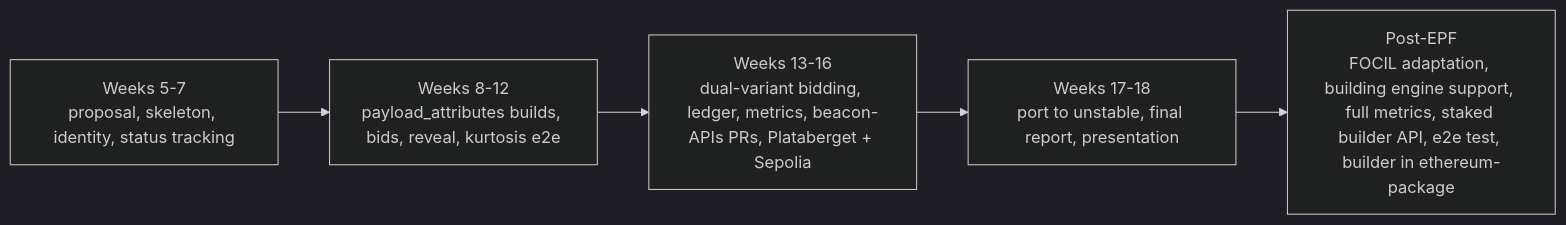
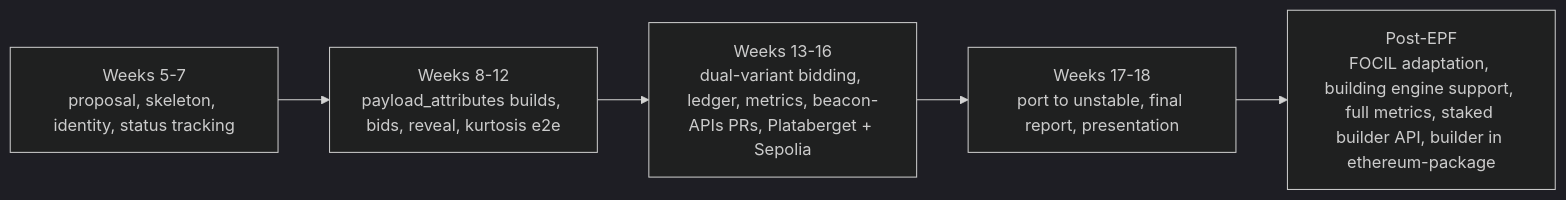
One commit to eth-protocol-fellows/cohort-seven changed the third of 3 diagrams in projects/lodestar-eip-7732-builder.md. Above: the diagram before and after it, drawn with Mermaid (dark theme). The commit also changed other lines of this file, not shown here.

````diff
--- a/projects/lodestar-eip-7732-builder.md
+++ b/projects/lodestar-eip-7732-builder.md
@@ -136,7 +133,7 @@
 ```mermaid
 flowchart LR
     A["Weeks 5-7<br/>proposal, skeleton, identity, status tracking"] --> B["Weeks 8-12<br/>payload_attributes builds, bids, reveal, kurtosis e2e"]
     B --> C["Weeks 13-16<br/>dual-variant bidding, ledger, metrics, beacon-APIs PRs, Plataberget + Sepolia"]
     C --> D["Weeks 17-18<br/>port to unstable, final report, presentation"]
-    D --> E["Post-EPF<br/>FOCIL adaptation, building engine support, full metrics, staked builder API, e2e test, builder in ethereum-package"]
+    D --> E["Post-EPF<br/>FOCIL adaptation, building engine support, full metrics, staked builder API, builder in ethereum-package"]
 ```
````
